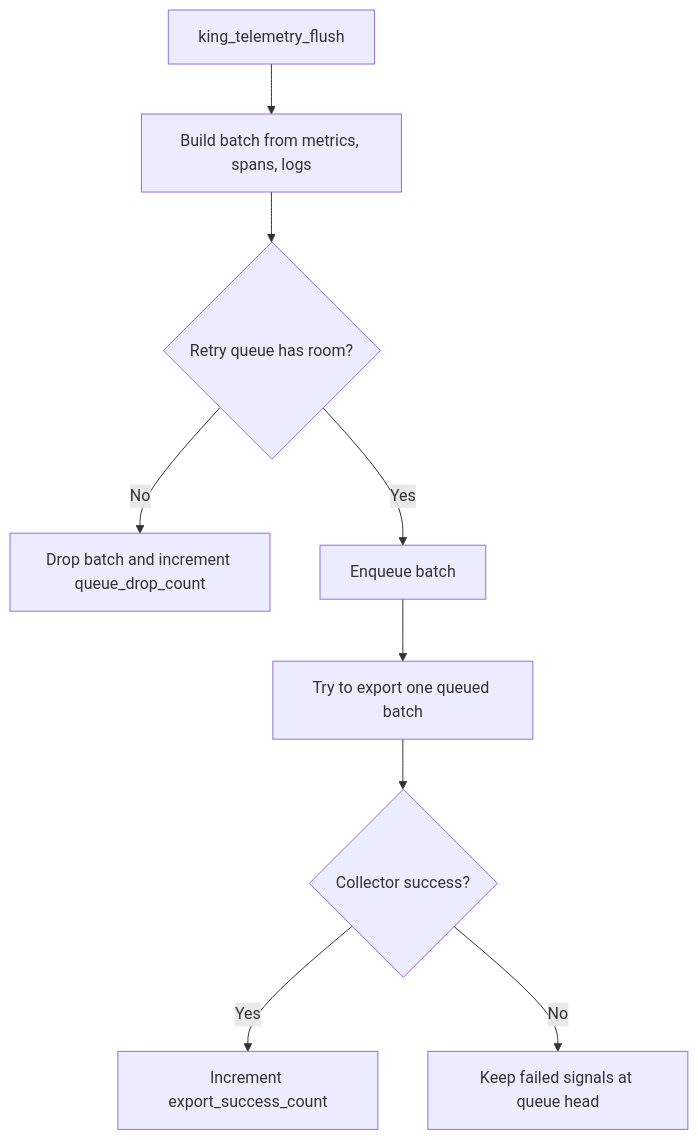
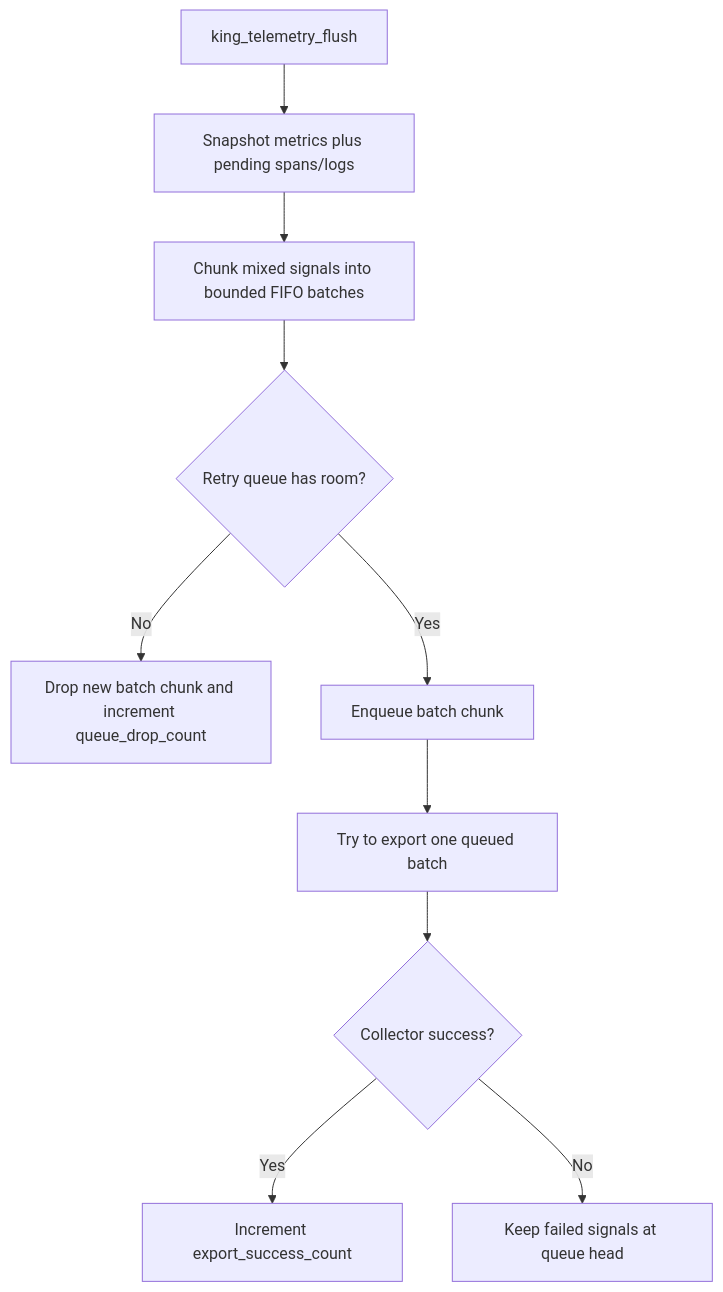
Before and after one commit to Intelligent-Intern/king: the fifth of 6 diagrams in documentation/telemetry.md, drawn with Mermaid. The commit also changed other lines of this file and 12 other files, not shown here.

Commit message:
Finalize telemetry batch formation under mixed span, metric, and log pressure

````diff
--- a/documentation/telemetry.md
+++ b/documentation/telemetry.md
@@ -256,11 +256,12 @@
 ```mermaid
 flowchart TD
-    A[king_telemetry_flush] --> B[Build batch from metrics, spans, logs]
-    B --> C{Retry queue has room?}
-    C -->|No| D[Drop batch and increment queue_drop_count]
-    C -->|Yes| E[Enqueue batch]
-    E --> F[Try to export one queued batch]
-    F --> G{Collector success?}
-    G -->|Yes| H[Increment export_success_count]
-    G -->|No| I[Keep failed signals at queue head]
+    A[king_telemetry_flush] --> B[Snapshot metrics plus pending spans/logs]
+    B --> C[Chunk mixed signals into bounded FIFO batches]
+    C --> D{Retry queue has room?}
+    D -->|No| E[Drop new batch chunk and increment queue_drop_count]
+    D -->|Yes| F[Enqueue batch chunk]
+    F --> G[Try to export one queued batch]
+    G --> H{Collector success?}
+    H -->|Yes| I[Increment export_success_count]
+    H -->|No| J[Keep failed signals at queue head]
 ```
````
